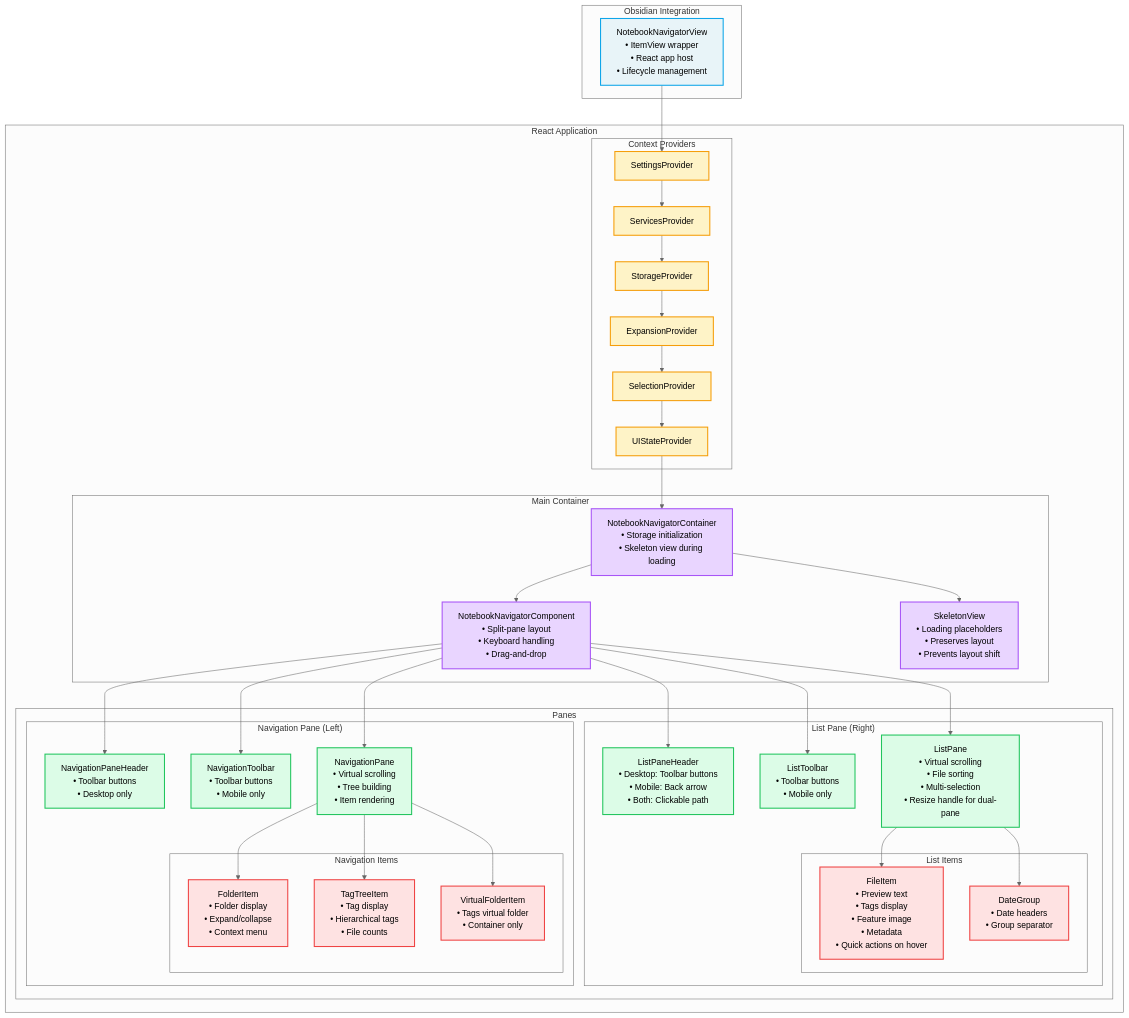
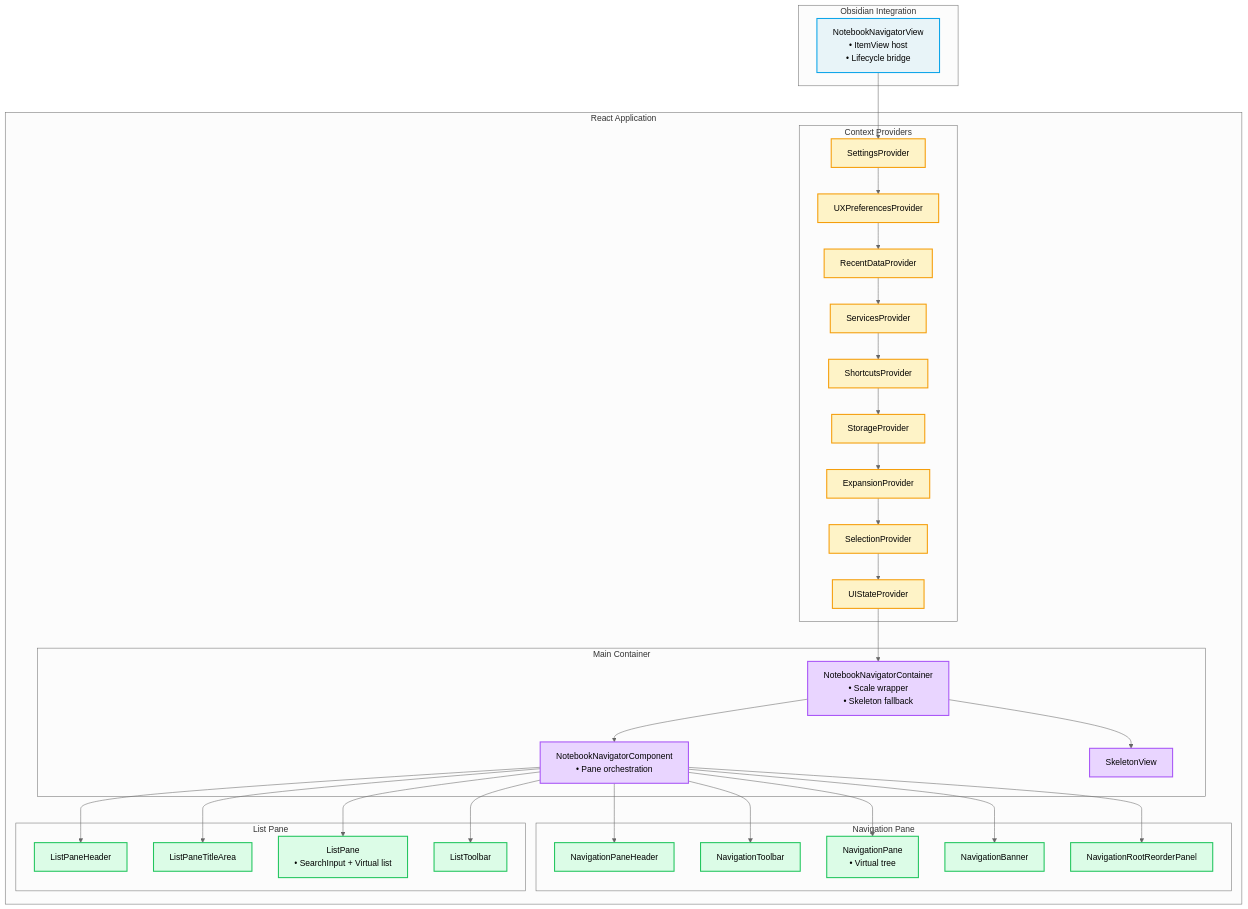
The first of 4 diagrams in docs/rendering-architecture.md (psxvoid/notebook-navigator), drawn with Mermaid (neutral theme) before and after one commit. The commit also changed other lines of this file and 3 other files, not shown here.

````diff
--- a/docs/rendering-architecture.md
+++ b/docs/rendering-architecture.md
@@ -49,13 +80,16 @@
 ```mermaid
 graph TD
     subgraph "Obsidian Integration"
-        OV[NotebookNavigatorView<br/>• ItemView wrapper<br/>• React app host<br/>• Lifecycle management]
+        OV[NotebookNavigatorView<br/>• ItemView host<br/>• Lifecycle bridge]
     end
 
     subgraph "React Application"
         subgraph "Context Providers"
             SP[SettingsProvider]
+            UX[UXPreferencesProvider]
+            RD[RecentDataProvider]
             SVC[ServicesProvider]
+            SHC[ShortcutsProvider]
             ST[StorageProvider]
             EP[ExpansionProvider]
             SEL[SelectionProvider]
@@ -63,69 +97,48 @@
         end
 
         subgraph "Main Container"
-            NC[NotebookNavigatorContainer<br/>• Storage initialization<br/>• Skeleton view during loading]
-            NNC[NotebookNavigatorComponent<br/>• Split-pane layout<br/>• Keyboard handling<br/>• Drag-and-drop]
-            SK[SkeletonView<br/>• Loading placeholders<br/>• Preserves layout<br/>• Prevents layout shift]
+            NC[NotebookNavigatorContainer<br/>• Scale wrapper<br/>• Skeleton fallback]
+            NNC[NotebookNavigatorComponent<br/>• Pane orchestration]
+            SK[SkeletonView]
         end
 
-        subgraph "Panes"
-            subgraph "List Pane (Right)"
-                LPH[ListPaneHeader<br/>• Desktop: Toolbar buttons<br/>• Mobile: Back arrow<br/>• Both: Clickable path]
-                LTB[ListToolbar<br/>• Toolbar buttons<br/>• Mobile only]
-                LP[ListPane<br/>• Virtual scrolling<br/>• File sorting<br/>• Multi-selection<br/>• Resize handle for dual-pane]
+        subgraph "Navigation Pane"
+            NPH[NavigationPaneHeader]
+            NTB[NavigationToolbar]
+            NP[NavigationPane<br/>• Virtual tree]
+            NB[NavigationBanner]
+            NRP[NavigationRootReorderPanel]
+        end
 
-                subgraph "List Items"
-                    FILE[FileItem<br/>• Preview text<br/>• Tags display<br/>• Feature image<br/>• Metadata<br/>• Quick actions on hover]
-                    DG[DateGroup<br/>• Date headers<br/>• Group separator]
-                end
-            end
-
-            subgraph "Navigation Pane (Left)"
-                NPH[NavigationPaneHeader<br/>• Toolbar buttons<br/>• Desktop only]
-                NTB[NavigationToolbar<br/>• Toolbar buttons<br/>• Mobile only]
-                NP[NavigationPane<br/>• Virtual scrolling<br/>• Tree building<br/>• Item rendering]
-
-                subgraph "Navigation Items"
-                    FI[FolderItem<br/>• Folder display<br/>• Expand/collapse<br/>• Context menu]
-                    TTI[TagTreeItem<br/>• Tag display<br/>• Hierarchical tags<br/>• File counts]
-                    VFI[VirtualFolderItem<br/>• Tags virtual folder<br/>• Container only]
-                end
-            end
+        subgraph "List Pane"
+            LPH[ListPaneHeader]
+            LTA[ListPaneTitleArea]
+            LP[ListPane<br/>• SearchInput + Virtual list]
+            LTB[ListToolbar]
         end
     end
 
-    %% Relationships
-    OV --> SP
-    SP --> SVC
-    SVC --> ST
-    ST --> EP
-    EP --> SEL
-    SEL --> UI
-    UI --> NC
+    OV --> SP --> UX --> RD --> SVC --> SHC --> ST --> EP --> SEL --> UI --> NC
     NC --> SK
     NC --> NNC
     NNC --> NPH
     NNC --> NTB
     NNC --> NP
+    NNC --> NB
+    NNC --> NRP
     NNC --> LPH
+    NNC --> LTA
+    NNC --> LP
     NNC --> LTB
-    NNC --> LP
-    NP --> FI
-    NP --> TTI
-    NP --> VFI
-    LP --> FILE
-    LP --> DG
 
-    %% Styling
     classDef obsidian fill:#e8f4f8,stroke:#0ea5e9,stroke-width:2px
     classDef context fill:#fef3c7,stroke:#f59e0b,stroke-width:2px
     classDef container fill:#e9d5ff,stroke:#a855f7,stroke-width:2px
     classDef pane fill:#dcfce7,stroke:#22c55e,stroke-width:2px
-    classDef item fill:#fee2e2,stroke:#ef4444,stroke-width:2px
+    classDef ui fill:#fee2e2,stroke:#ef4444,stroke-width:2px
 
     class OV obsidian
-    class SP,SVC,ST,EP,SEL,UI context
+    class SP,UX,RD,SVC,SHC,ST,EP,SEL,UI context
     class NC,NNC,SK container
-    class NPH,NTB,NP,LPH,LTB,LP pane
-    class FI,TTI,VFI,FILE,DG item
+    class NPH,NTB,NP,NB,NRP,LPH,LTA,LP,LTB pane
 ```
````
